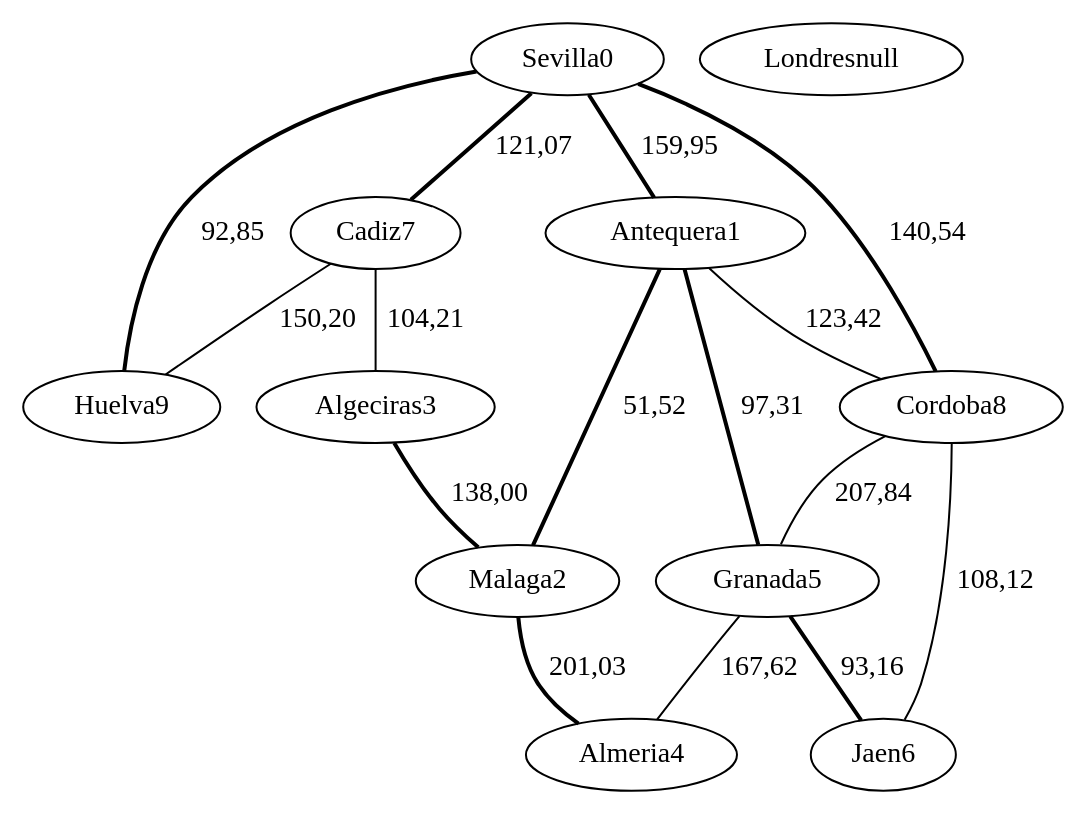
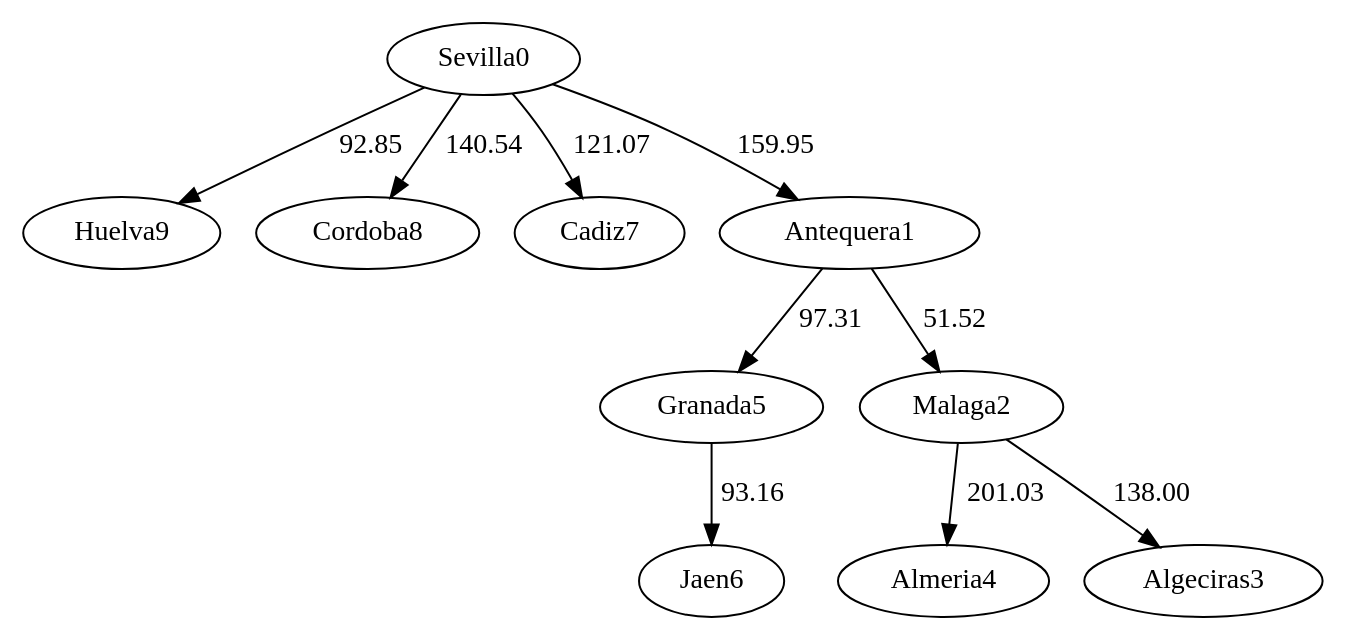
Before and after one commit to migueltoro/ada_v2_18: the diagram in java/EjemplosDeGrafos/ficheros/andaluciaProfundidad.gv, drawn with Graphviz. The commit also changed 14 other files, not shown here.

```diff
--- a/java/EjemplosDeGrafos/ficheros/andaluciaProfundidad.gv
+++ b/java/EjemplosDeGrafos/ficheros/andaluciaProfundidad.gv
@@ -1,28 +1,21 @@
-strict graph G {
-  1 [ color="black" label="Sevilla0" ];
-  2 [ color="black" label="Cadiz7" ];
-  3 [ color="black" label="Huelva9" ];
-  4 [ color="black" label="Cordoba8" ];
-  5 [ color="black" label="Malaga2" ];
-  6 [ color="black" label="Antequera1" ];
-  7 [ color="black" label="Almeria4" ];
-  8 [ color="black" label="Granada5" ];
-  9 [ color="black" label="Jaen6" ];
-  10 [ color="black" label="Algeciras3" ];
-  11 [ color="black" label="Londresnull" ];
-  2 -- 3 [ style="solid" label="150,20" ];
-  1 -- 3 [ style="bold" label="92,85" ];
-  1 -- 4 [ style="bold" label="140,54" ];
-  1 -- 2 [ style="bold" label="121,07" ];
-  1 -- 6 [ style="bold" label="159,95" ];
-  6 -- 8 [ style="bold" label="97,31" ];
-  6 -- 5 [ style="bold" label="51,52" ];
-  6 -- 4 [ style="solid" label="123,42" ];
-  5 -- 7 [ style="bold" label="201,03" ];
-  4 -- 9 [ style="solid" label="108,12" ];
-  4 -- 8 [ style="solid" label="207,84" ];
-  8 -- 7 [ style="solid" label="167,62" ];
-  8 -- 9 [ style="bold" label="93,16" ];
-  2 -- 10 [ style="solid" label="104,21" ];
-  10 -- 5 [ style="bold" label="138,00" ];
+strict digraph G {
+  1 [ label="Sevilla0" ];
+  2 [ label="Huelva9" ];
+  3 [ label="Cordoba8" ];
+  4 [ label="Cadiz7" ];
+  5 [ label="Antequera1" ];
+  6 [ label="Granada5" ];
+  7 [ label="Malaga2" ];
+  8 [ label="Almeria4" ];
+  9 [ label="Algeciras3" ];
+  10 [ label="Jaen6" ];
+  1 -> 2 [ label="92.85" ];
+  1 -> 3 [ label="140.54" ];
+  1 -> 4 [ label="121.07" ];
+  1 -> 5 [ label="159.95" ];
+  5 -> 6 [ label="97.31" ];
+  5 -> 7 [ label="51.52" ];
+  7 -> 8 [ label="201.03" ];
+  7 -> 9 [ label="138.00" ];
+  6 -> 10 [ label="93.16" ];
 }
```
